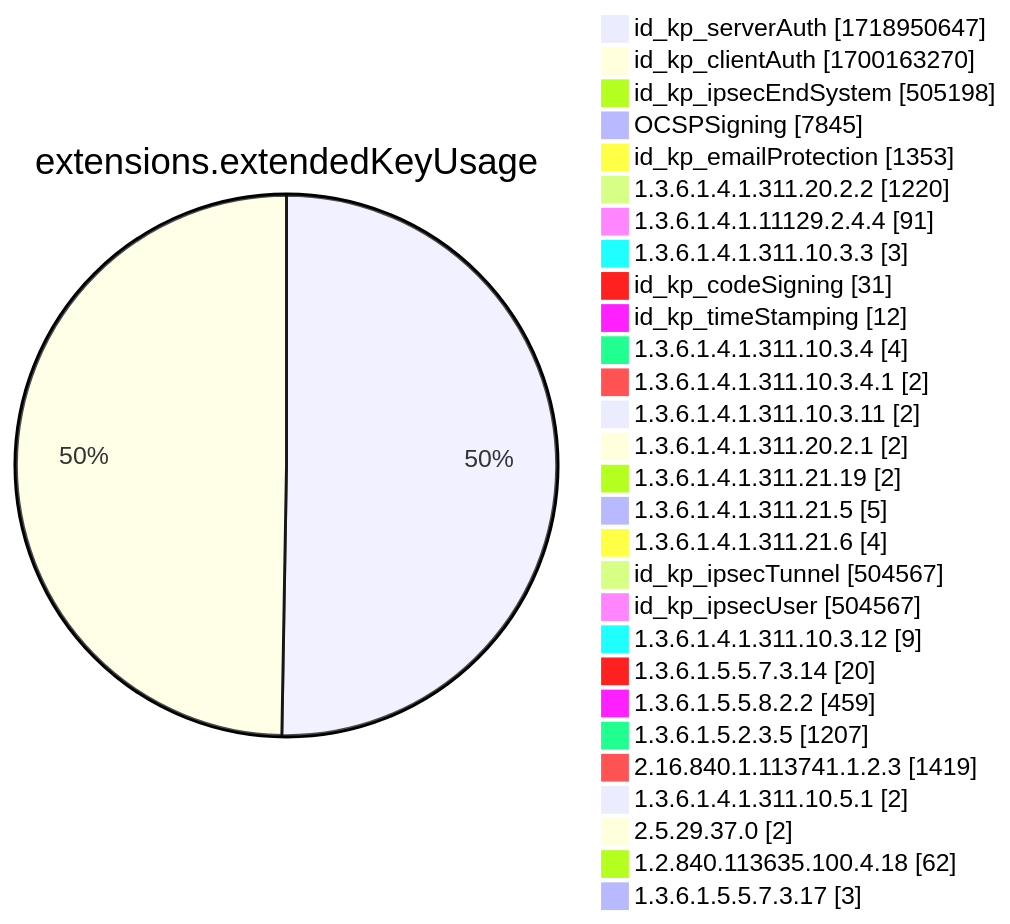
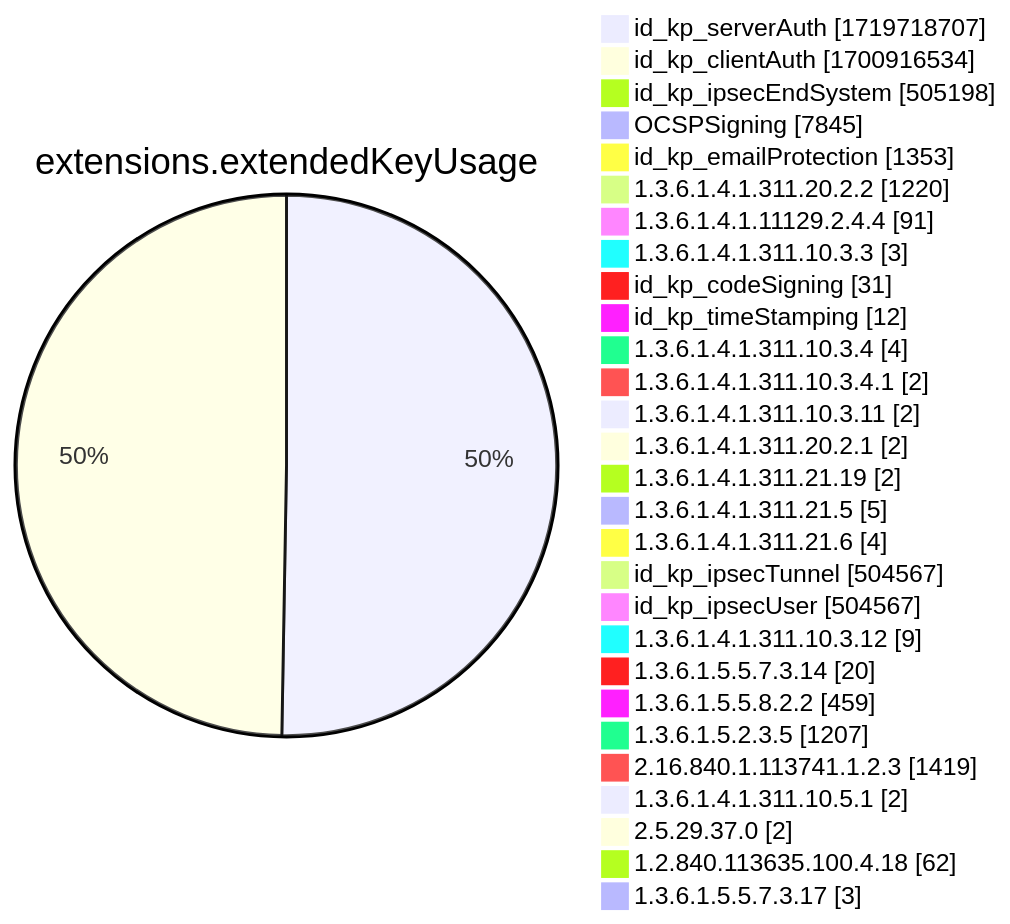
Before and after one commit to christiankrug/ctmonitor_visualization: diagram 12 of 15 in xenon2022/README.md, drawn with Mermaid. The commit also changed other lines of this file, not shown here.

````diff
--- a/xenon2022/README.md
+++ b/xenon2022/README.md
@@ -3889,32 +3889,32 @@
 ```mermaid
 pie showData
 title extensions.extendedKeyUsage
-"id_kp_serverAuth" :1718950647
-"id_kp_clientAuth" :1700163270
+"id_kp_serverAuth" :1719718707
+"id_kp_clientAuth" :1700916534
 "id_kp_ipsecEndSystem" :505198
 "OCSPSigning" :7845
 "id_kp_emailProtection" :1353
 "1.3.6.1.4.1.311.20.2.2" :1220
 "1.3.6.1.4.1.11129.2.4.4" :91
 "1.3.6.1.4.1.311.10.3.3" :3
 "id_kp_codeSigning" :31
 "id_kp_timeStamping" :12
 "1.3.6.1.4.1.311.10.3.4" :4
 "1.3.6.1.4.1.311.10.3.4.1" :2
 "1.3.6.1.4.1.311.10.3.11" :2
 "1.3.6.1.4.1.311.20.2.1" :2
 "1.3.6.1.4.1.311.21.19" :2
 "1.3.6.1.4.1.311.21.5" :5
 "1.3.6.1.4.1.311.21.6" :4
 "id_kp_ipsecTunnel" :504567
 "id_kp_ipsecUser" :504567
 "1.3.6.1.4.1.311.10.3.12" :9
 "1.3.6.1.5.5.7.3.14" :20
 "1.3.6.1.5.5.8.2.2" :459
 "1.3.6.1.5.2.3.5" :1207
 "2.16.840.1.113741.1.2.3" :1419
 "1.3.6.1.4.1.311.10.5.1" :2
 "2.5.29.37.0" :2
 "1.2.840.113635.100.4.18" :62
 "1.3.6.1.5.5.7.3.17" :3
 ```
````
